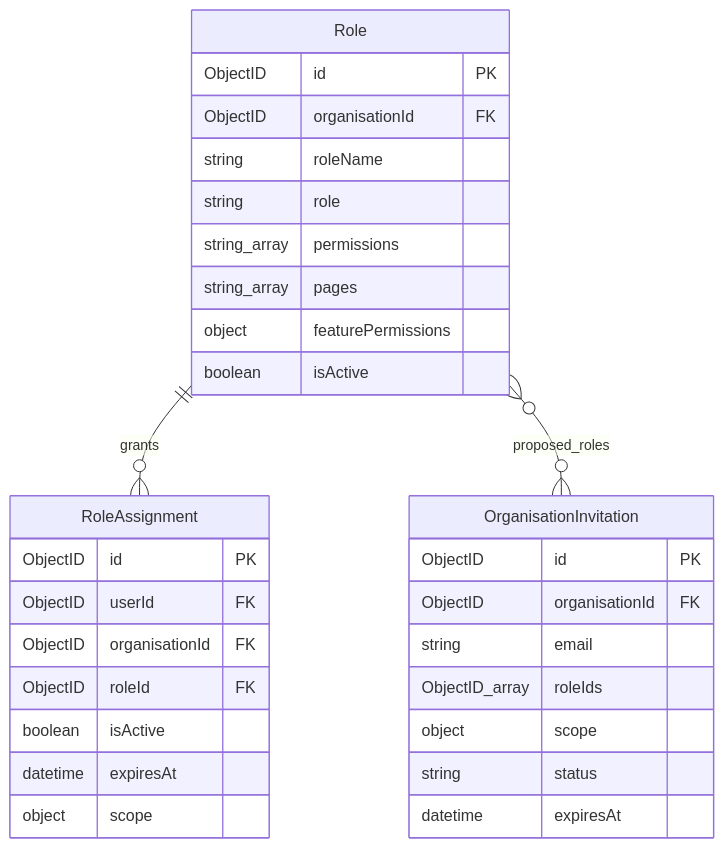
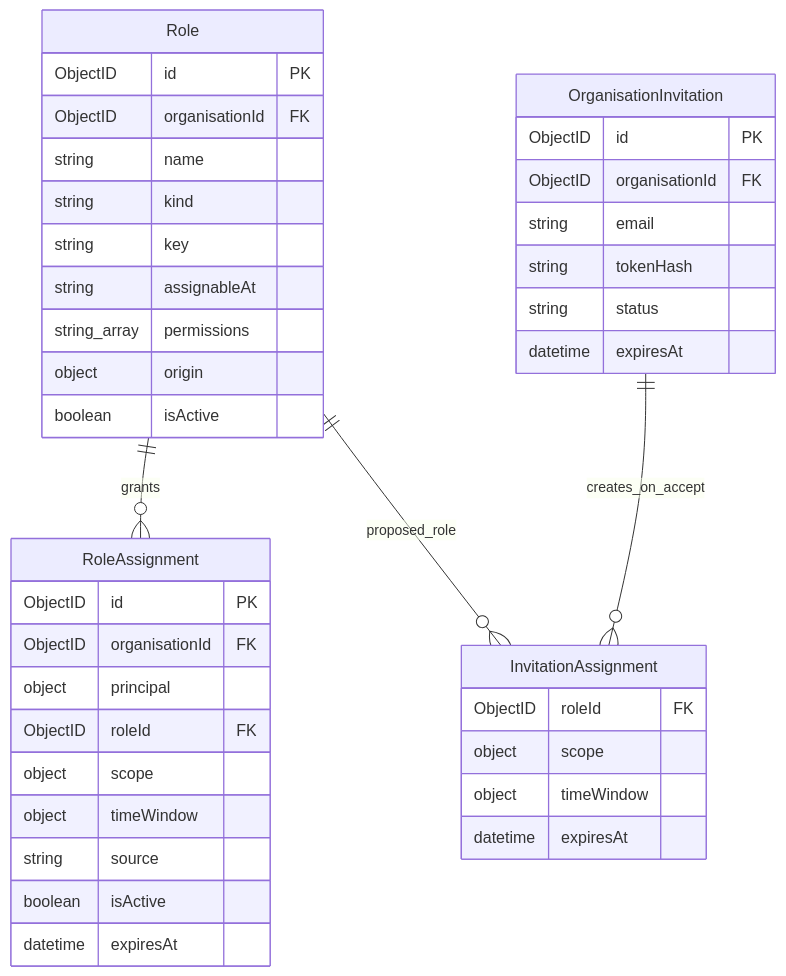
One commit to uug-ai/learn changed the third of 4 diagrams in app/content/docs/hub/organisations/index.md. Above: the diagram before and after it, drawn with Mermaid. The commit also changed other lines of this file and 2 other files, not shown here.

````diff
--- a/app/content/docs/hub/organisations/index.md
+++ b/app/content/docs/hub/organisations/index.md
@@ -131,34 +132,43 @@
 ```mermaid
 erDiagram
     Role ||--o{ RoleAssignment : grants
-    Role }o--o{ OrganisationInvitation : proposed_roles
+    OrganisationInvitation ||--o{ InvitationAssignment : creates_on_accept
+    Role ||--o{ InvitationAssignment : proposed_role
 
     Role {
         ObjectID id PK
         ObjectID organisationId FK
-        string roleName
-        string role
+        string name
+        string kind
+        string key
+        string assignableAt
         string_array permissions
-        string_array pages
-        object featurePermissions
+        object origin
         boolean isActive
     }
     RoleAssignment {
         ObjectID id PK
-        ObjectID userId FK
         ObjectID organisationId FK
+        object principal
         ObjectID roleId FK
+        object scope
+        object timeWindow
+        string source
         boolean isActive
         datetime expiresAt
-        object scope
     }
     OrganisationInvitation {
         ObjectID id PK
         ObjectID organisationId FK
         string email
-        ObjectID_array roleIds
-        object scope
+        string tokenHash
         string status
         datetime expiresAt
     }
+    InvitationAssignment {
+        ObjectID roleId FK
+        object scope
+        object timeWindow
+        datetime expiresAt
+    }
 ```
````
